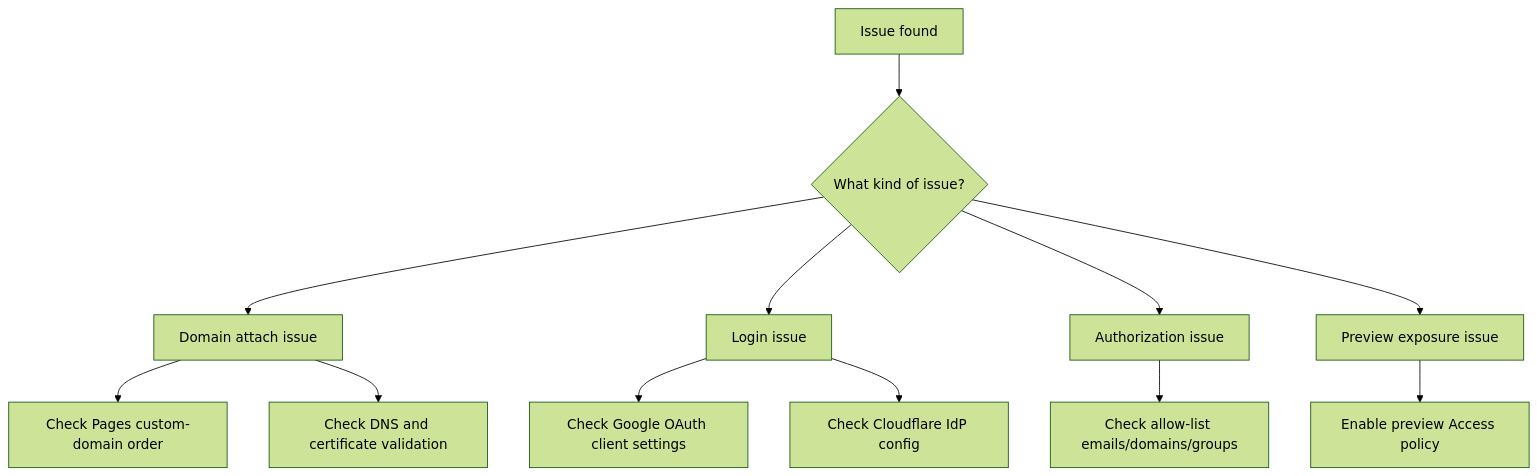
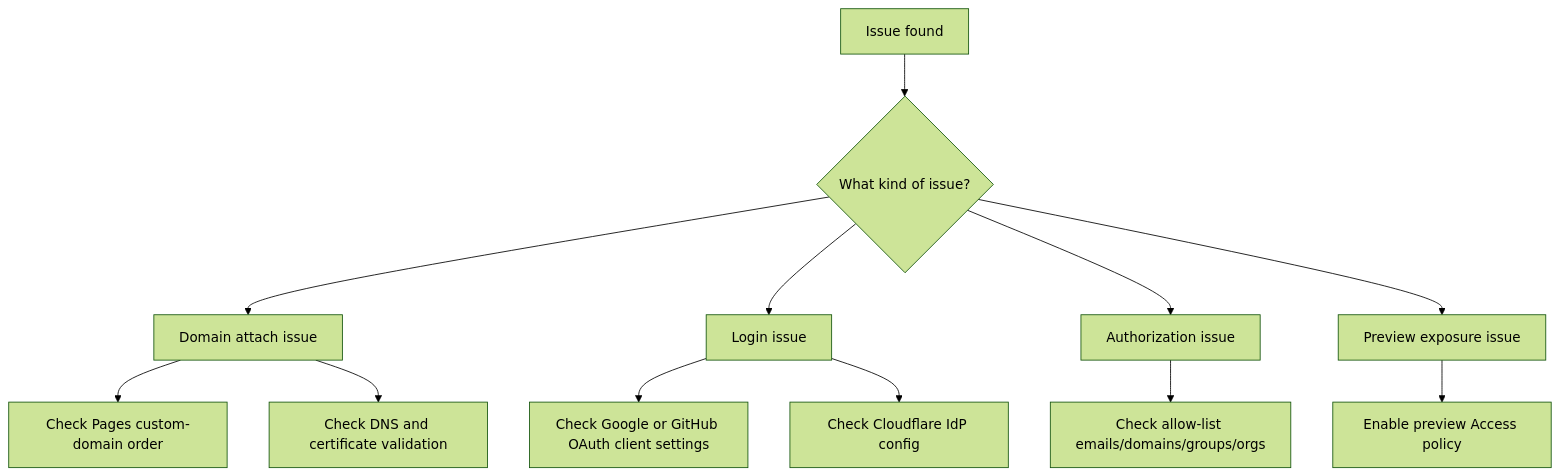
Diagram 15 of 16 in _posts/devops/2026-04-24-cloudflare-pages-jekyll-google-access-private-docs-guide.md (ddingpy/myblog), drawn with Mermaid (forest theme) before and after one commit. The commit also changed other lines of this file, not shown here.

Commit message:
docs: add GitHub integration instructions to Cloudflare Pages guide, update access policies and IdP configuration examples

````diff
--- a/_posts/devops/2026-04-24-cloudflare-pages-jekyll-google-access-private-docs-guide.md
+++ b/_posts/devops/2026-04-24-cloudflare-pages-jekyll-google-access-private-docs-guide.md
@@ -705,15 +773,15 @@
 ```mermaid
 flowchart TD
     A[Issue found] --> B{What kind of issue?}
     B --> C[Domain attach issue]
     B --> D[Login issue]
     B --> E[Authorization issue]
     B --> F[Preview exposure issue]
 
     C --> C1[Check Pages custom-domain order]
     C --> C2[Check DNS and certificate validation]
-    D --> D1[Check Google OAuth client settings]
+    D --> D1[Check Google or GitHub OAuth client settings]
     D --> D2[Check Cloudflare IdP config]
-    E --> E1[Check allow-list emails/domains/groups]
+    E --> E1[Check allow-list emails/domains/groups/orgs]
     F --> F1[Enable preview Access policy]
 ```
````
